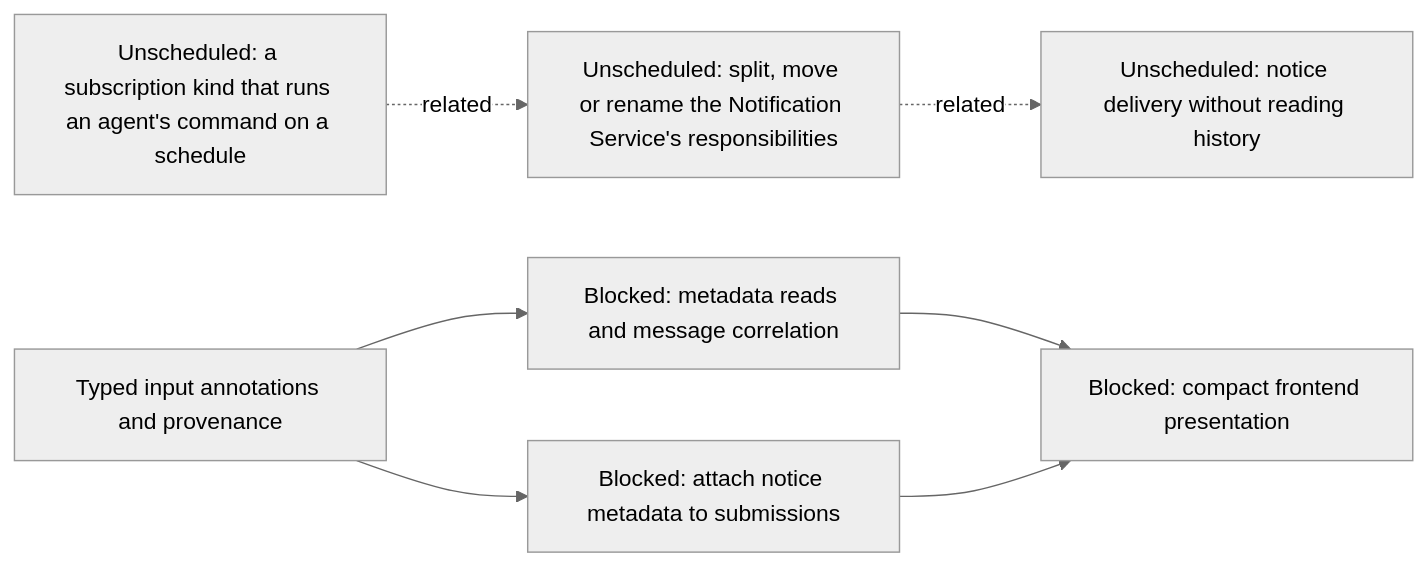
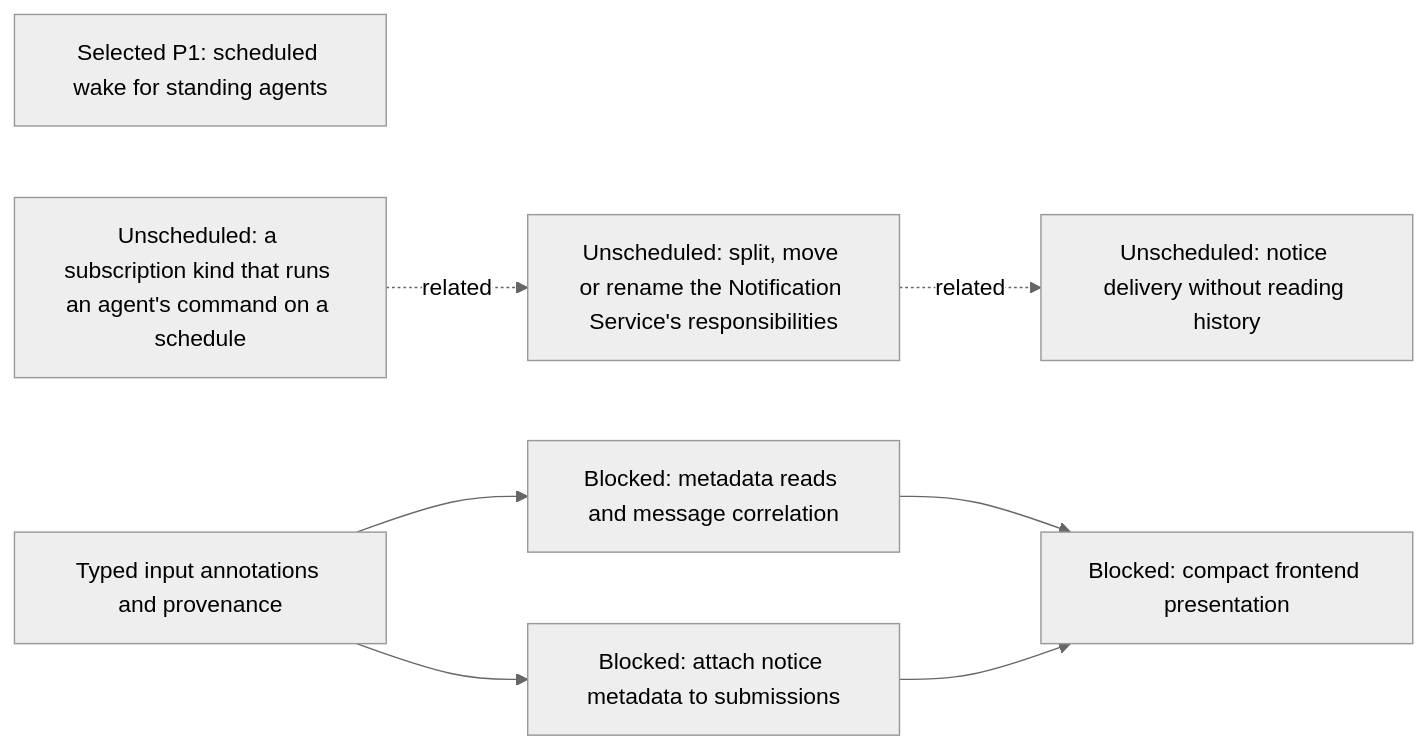
The second of 18 diagrams in agentplane/plans/task_dag.md (agentydragon/ducktape), drawn with Mermaid (neutral theme) before and after one commit. The commit also changed other lines of this file and 5 other files, not shown here.

````diff
--- a/agentplane/plans/task_dag.md
+++ b/agentplane/plans/task_dag.md
@@ -44,16 +91,17 @@
 ```mermaid
 flowchart LR
+    SCHEDULED_AGENT_WAKE[Selected P1: scheduled wake for standing agents]
     NOTIFICATION_COMMAND_OUTCOME_DESIGN[Unscheduled: notice delivery without reading history]
     NOTIFICATION_SERVICE_SPLIT[Unscheduled: split, move or rename the Notification Service's responsibilities]
     NOTIFICATION_SERVICE_SPLIT -. related .-> NOTIFICATION_COMMAND_OUTCOME_DESIGN
     COMMAND_WATCH_SUBSCRIPTION_DESIGN[Unscheduled: a subscription kind that runs an agent's command on a schedule]
     COMMAND_WATCH_SUBSCRIPTION_DESIGN -. related .-> NOTIFICATION_SERVICE_SPLIT
     SESSION_INPUT_METADATA[Typed input annotations and provenance]
     SESSION_INPUT_METADATA_READ[Blocked: metadata reads and message correlation]
     NOTIFICATION_NOTICE_METADATA[Blocked: attach notice metadata to submissions]
     NOTIFICATION_PRESENTATION[Blocked: compact frontend presentation]
     SESSION_INPUT_METADATA --> SESSION_INPUT_METADATA_READ
     SESSION_INPUT_METADATA --> NOTIFICATION_NOTICE_METADATA
     SESSION_INPUT_METADATA_READ --> NOTIFICATION_PRESENTATION
     NOTIFICATION_NOTICE_METADATA --> NOTIFICATION_PRESENTATION
 ```
````
